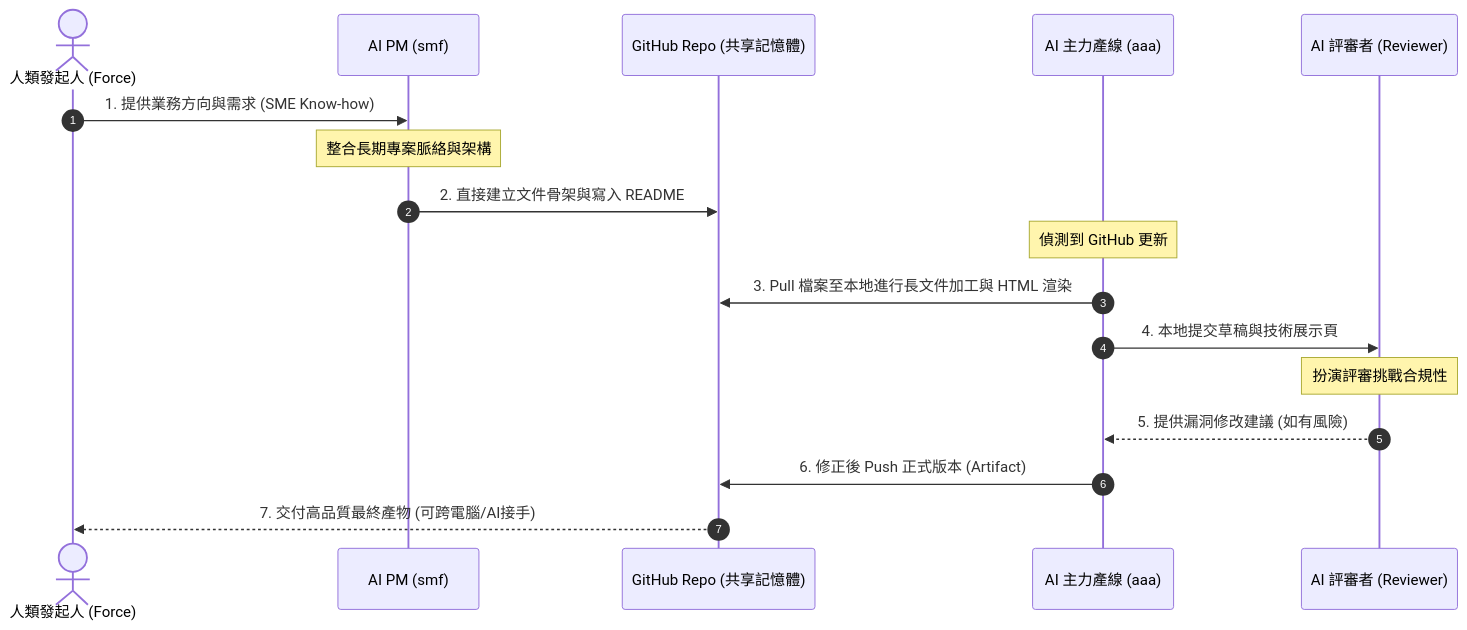
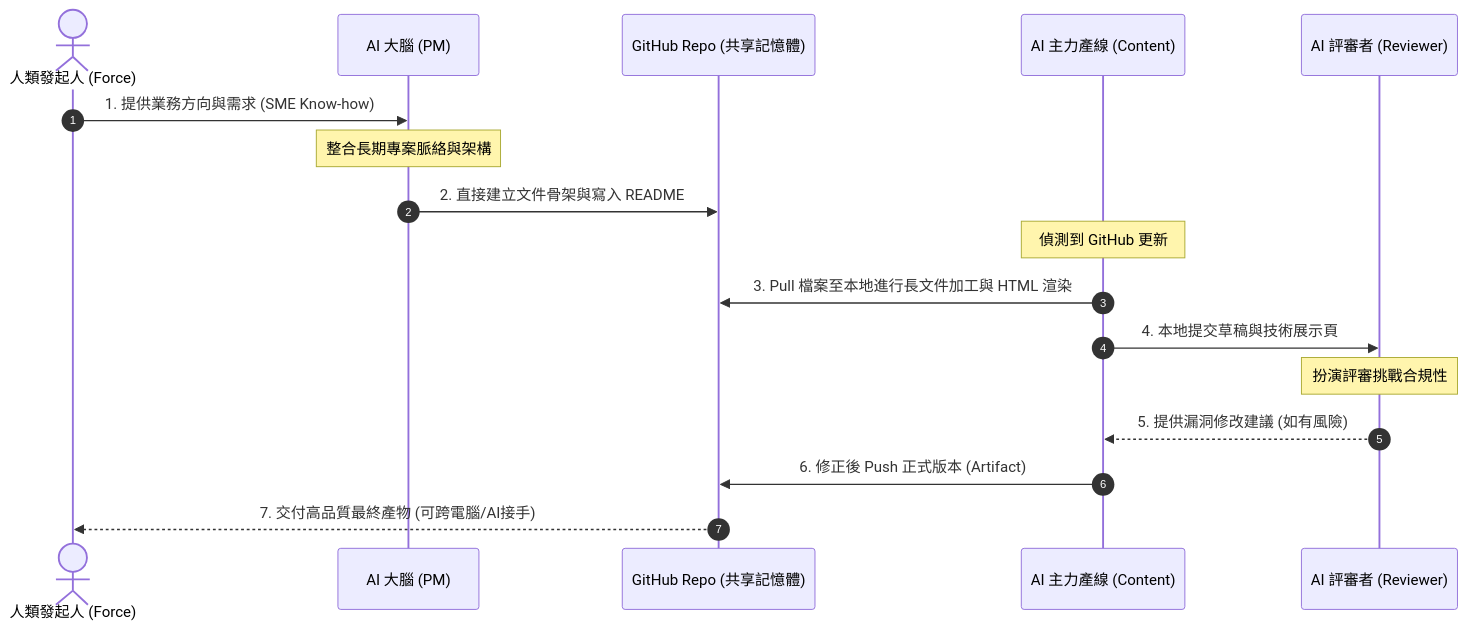
One commit to falo-chinese/skyline-class changed the third of 3 diagrams in class2/docs/03_multi_ai_collaboration.md. Above: the diagram before and after it, drawn with Mermaid. The commit also changed other lines of this file and 11 other files, not shown here.

````diff
--- a/class2/docs/03_multi_ai_collaboration.md
+++ b/class2/docs/03_multi_ai_collaboration.md
@@ -105,20 +103,20 @@
 ```mermaid
 sequenceDiagram
     autonumber
     actor ff as 人類發起人 (Force)
-    participant smf as AI PM (smf)
+    participant PM as AI 大腦 (PM)
     participant github as GitHub Repo (共享記憶體)
-    participant aaa as AI 主力產線 (aaa)
-    participant ccc as AI 評審者 (Reviewer)
+    participant Content as AI 主力產線 (Content)
+    participant Reviewer as AI 評審者 (Reviewer)
 
-    ff->>smf: 1. 提供業務方向與需求 (SME Know-how)
-    Note over smf: 整合長期專案脈絡與架構
-    smf->>github: 2. 直接建立文件骨架與寫入 README
-    Note over aaa: 偵測到 GitHub 更新
-    aaa->>github: 3. Pull 檔案至本地進行長文件加工與 HTML 渲染
-    aaa->>ccc: 4. 本地提交草稿與技術展示頁
-    Note over ccc: 扮演評審挑戰合規性
-    ccc-->>aaa: 5. 提供漏洞修改建議 (如有風險)
-    aaa->>github: 6. 修正後 Push 正式版本 (Artifact)
+    ff->>PM: 1. 提供業務方向與需求 (SME Know-how)
+    Note over PM: 整合長期專案脈絡與架構
+    PM->>github: 2. 直接建立文件骨架與寫入 README
+    Note over Content: 偵測到 GitHub 更新
+    Content->>github: 3. Pull 檔案至本地進行長文件加工與 HTML 渲染
+    Content->>Reviewer: 4. 本地提交草稿與技術展示頁
+    Note over Reviewer: 扮演評審挑戰合規性
+    Reviewer-->>Content: 5. 提供漏洞修改建議 (如有風險)
+    Content->>github: 6. 修正後 Push 正式版本 (Artifact)
     github-->>ff: 7. 交付高品質最終產物 (可跨電腦/AI接手)
 ```
````
